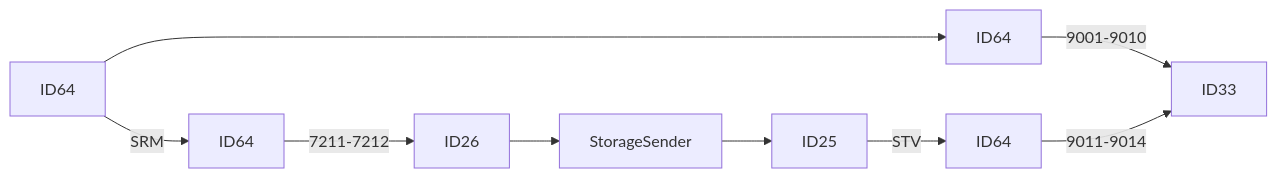
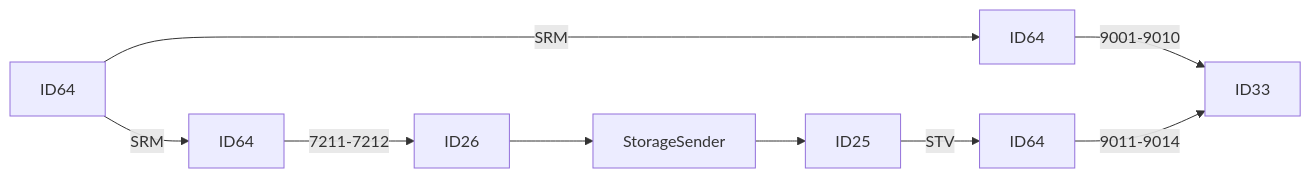
The third of 25 diagrams in Basic-Design/DFD-WMS/Storage/Palletizing-Settting/Palletize-Start.md (luthfiadityaa/SimeDarby-Wiki), drawn with Mermaid before and after one commit.

Commit message:
Updated Palletize Start

```diff
--- a/Basic-Design/DFD-WMS/Storage/Palletizing-Settting/Palletize-Start.md
+++ b/Basic-Design/DFD-WMS/Storage/Palletizing-Settting/Palletize-Start.md
@@ -30,9 +30,9 @@
 ::: mermaid
 flowchart LR
 
 P18[ID64]--> |SRM| P19[ID64]--> |7211-7212| P20[ID26]-->P21[StorageSender]-->P22[ID25]--> |STV| P23[ID64]
 
-P18[ID64]-->P13[ID64]
+P18[ID64]--> |SRM| P13[ID64]
 P13[ID64]--> |9001-9010| P14[ID33]
 P23[ID64]--> |9011-9014| P14[ID33]
 :::
```
